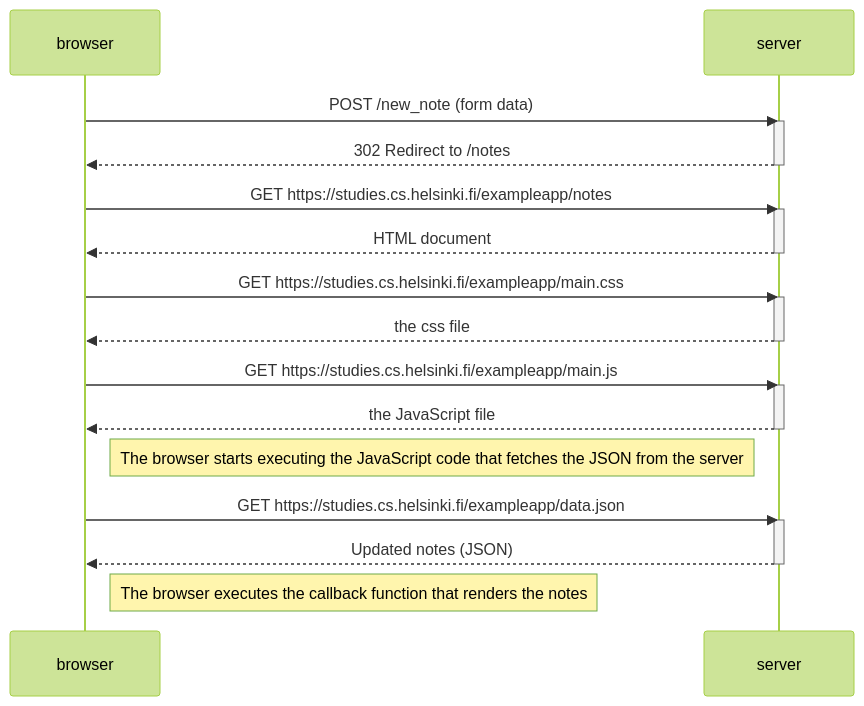
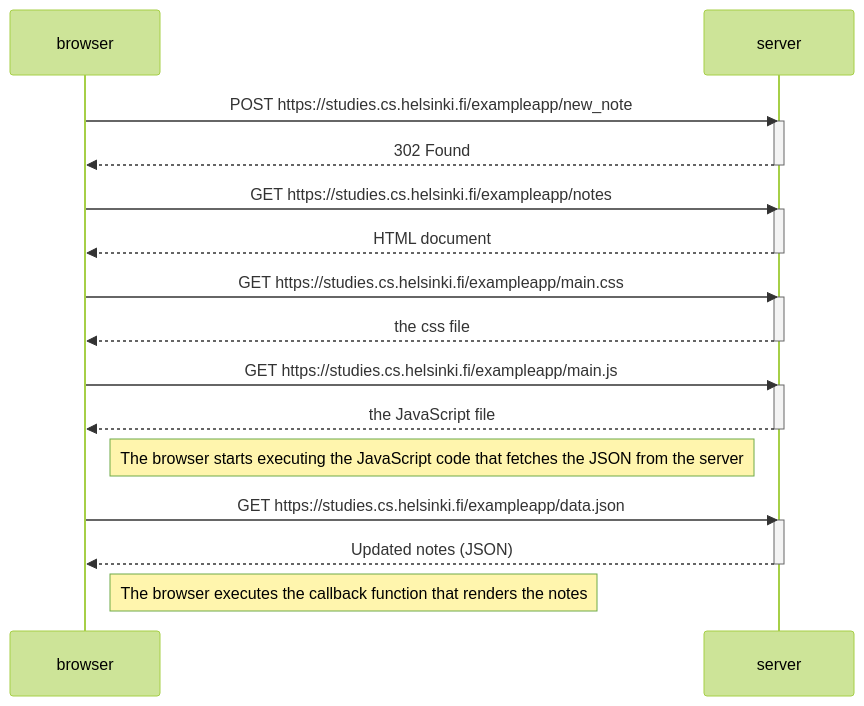
One commit to triviet29/Full-Stack-Open---part-0 changed the diagram in exercise4.md. Above: the diagram before and after it, drawn with Mermaid (forest theme).

Commit message:
Update POST request URL in exercise4.md

````diff
--- a/exercise4.md
+++ b/exercise4.md
@@ -1,34 +1,34 @@
 ```mermaid
 sequenceDiagram
   participant browser
   participant server
 
-  browser->>server: POST /new_note (form data)
+  browser->>server: POST https://studies.cs.helsinki.fi/exampleapp/new_note 
   activate server
-  server-->>browser: 302 Redirect to /notes
+  server-->>browser: 302 Found
   deactivate server
   
   browser->>server: GET https://studies.cs.helsinki.fi/exampleapp/notes
   activate server
   server-->>browser: HTML document
   deactivate server
   
   browser->>server: GET https://studies.cs.helsinki.fi/exampleapp/main.css
   activate server
   server-->>browser: the css file
   deactivate server
 
   browser->>server: GET https://studies.cs.helsinki.fi/exampleapp/main.js
   activate server
   server-->>browser: the JavaScript file
   deactivate server
 
   Note right of browser: The browser starts executing the JavaScript code that fetches the JSON from the server
 
   browser->>server: GET https://studies.cs.helsinki.fi/exampleapp/data.json
   activate server
   server-->>browser: Updated notes (JSON)
   deactivate server
 
   Note right of browser: The browser executes the callback function that renders the notes
 ```
````
